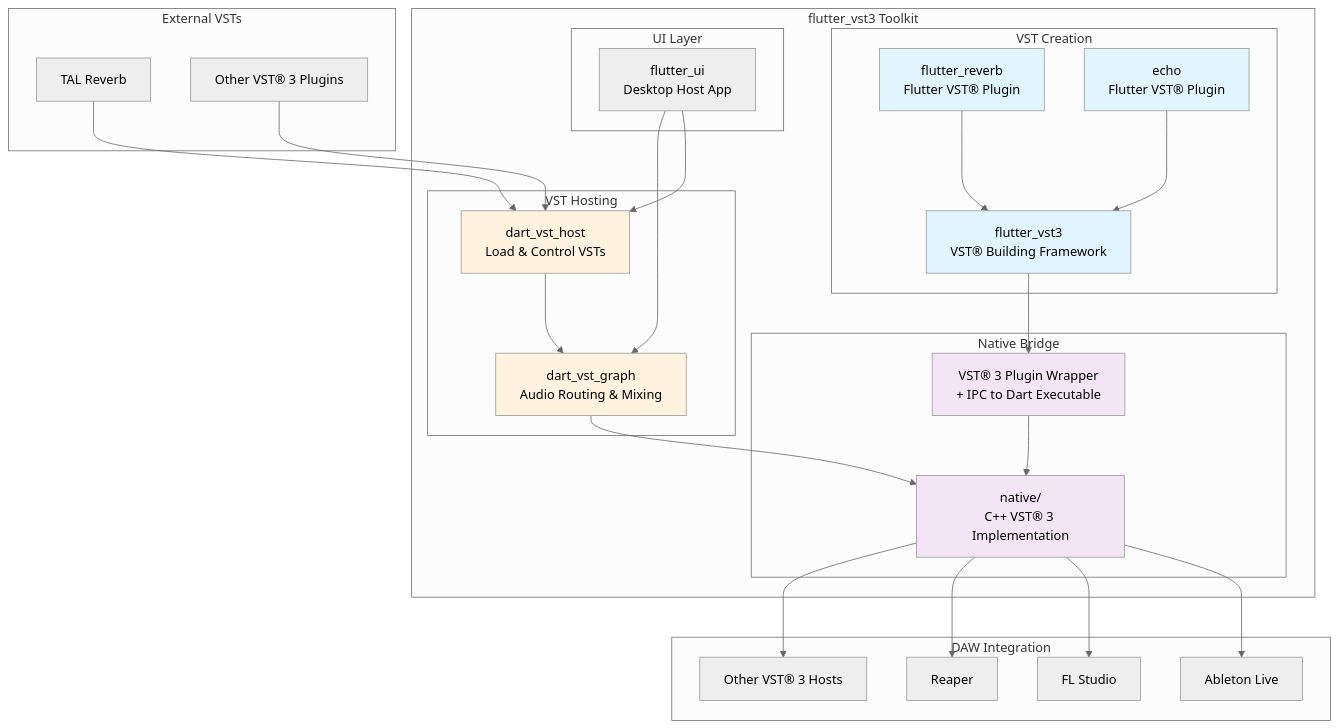
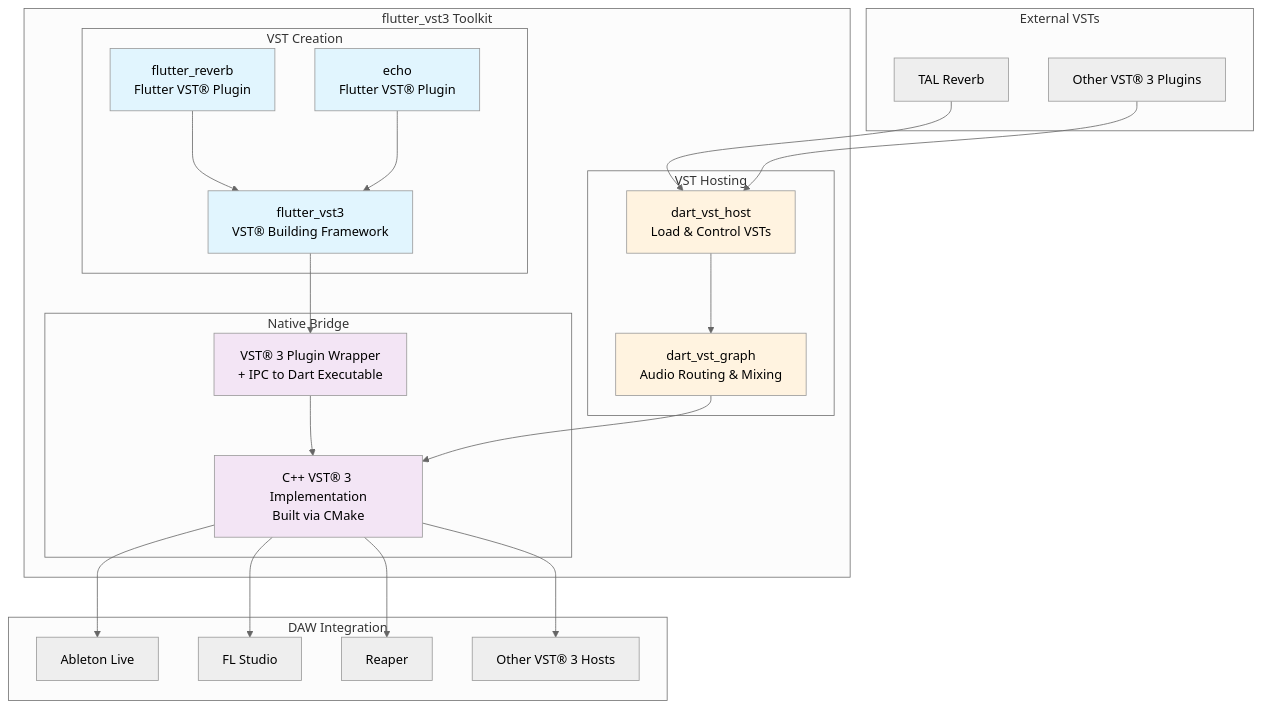
Before and after one commit to MelbourneDeveloper/flutter_vst3: the first of 2 diagrams in README.md, drawn with Mermaid (neutral theme). The commit also changed other lines of this file and 4 other files, not shown here.

````diff
--- a/README.md
+++ b/README.md
@@ -17,66 +17,59 @@
 ```mermaid
 graph TB
     subgraph "DAW Integration"
         DAW1[Ableton Live]
         DAW2[FL Studio]
         DAW3[Reaper]
         DAW4[Other VST® 3 Hosts]
     end
     
     subgraph "flutter_vst3 Toolkit"
         subgraph "VST Creation"
             FR[flutter_reverb<br/>Flutter VST® Plugin]
             ECHO[echo<br/>Flutter VST® Plugin]
             FVST[flutter_vst3<br/>VST® Building Framework]
         end
         
         subgraph "VST Hosting"
             DVH[dart_vst_host<br/>Load & Control VSTs]
             DVG[dart_vst_graph<br/>Audio Routing & Mixing]
         end
         
         subgraph "Native Bridge"
-            NL[native/<br/>C++ VST® 3 Implementation]
+            NL[C++ VST® 3 Implementation<br/>Built via CMake]
             PL[VST® 3 Plugin Wrapper<br/>+ IPC to Dart Executable]
-        end
-        
-        subgraph "UI Layer"
-            FUI[flutter_ui<br/>Desktop Host App]
         end
     end
     
     subgraph "External VSTs"
         VST1[TAL Reverb]
         VST2[Other VST® 3 Plugins]
     end
     
     %% VST Creation Flow
     FR --> FVST
     ECHO --> FVST
     FVST --> PL
     PL --> NL
     
     %% VST Hosting Flow  
     VST1 --> DVH
     VST2 --> DVH
     DVH --> DVG
     DVG --> NL
     
-    %% UI Integration
-    FUI --> DVH
-    FUI --> DVG
     
     %% DAW Integration
     NL --> DAW1
     NL --> DAW2
     NL --> DAW3
     NL --> DAW4
     
     style FR fill:#e1f5fe
     style ECHO fill:#e1f5fe
     style FVST fill:#e1f5fe
     style DVH fill:#fff3e0
     style DVG fill:#fff3e0
     style NL fill:#f3e5f5
     style PL fill:#f3e5f5
 ```
````
